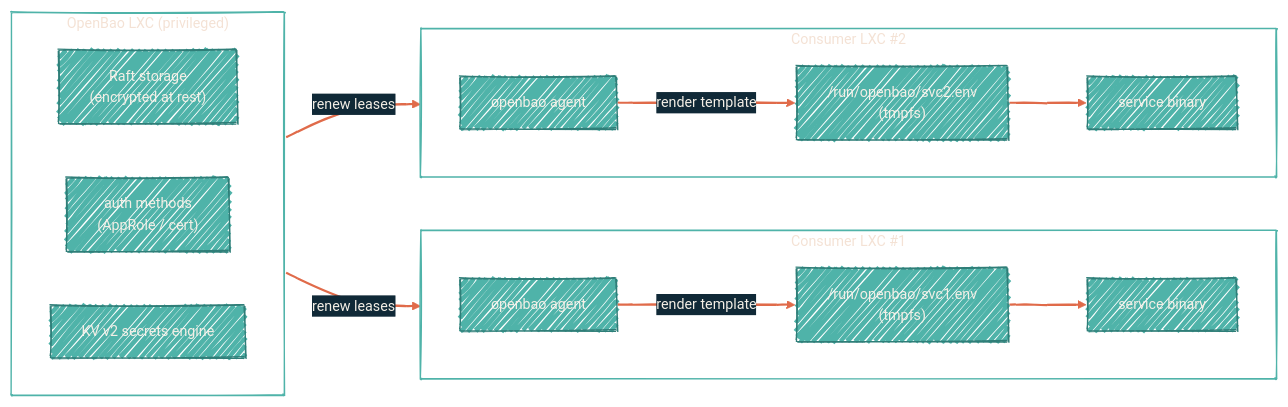
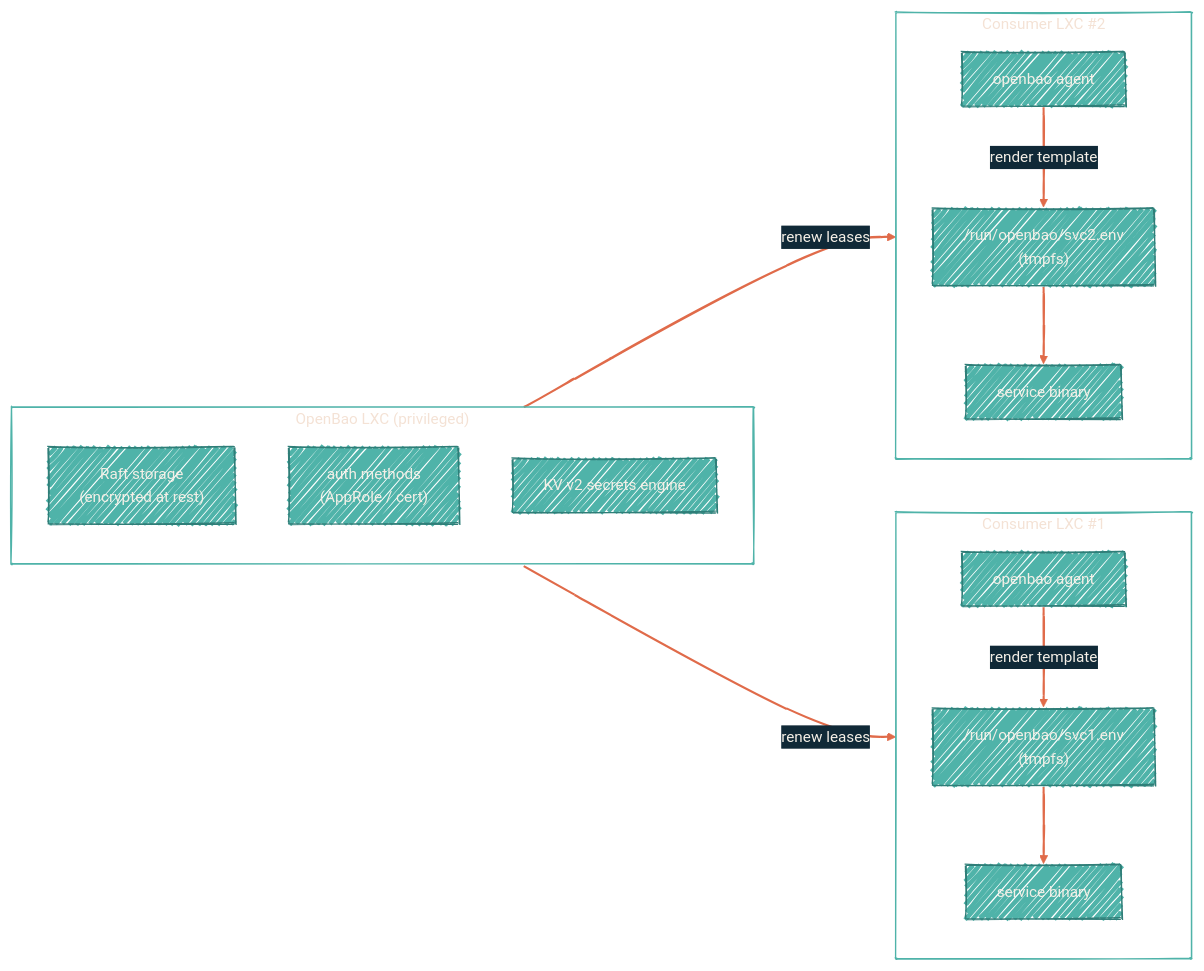
Before and after one commit to dryvist/docs: the diagram in security/tools/openbao.mdx, drawn with Mermaid. The commit also changed other lines of this file and 12 other files, not shown here.

````diff
--- a/security/tools/openbao.mdx
+++ b/security/tools/openbao.mdx
@@ -21,30 +22,30 @@
 ```mermaid
-%%{init: {'theme':'base','look':'handDrawn','themeVariables':{'primaryColor':'#4FB3A9','primaryTextColor':'#F4EFE6','primaryBorderColor':'#2F7E78','lineColor':'#E06B4A','secondaryColor':'#102937','tertiaryColor':'#0B1D2A','clusterBkg':'transparent','clusterBorder':'#4FB3A9','fontFamily':'Geist','fontSize':'14px'}}}%%
+%%{init: {'theme':'base','look':'handDrawn','themeVariables':{'primaryColor':'#4FB3A9','primaryTextColor':'#F4EFE6','primaryBorderColor':'#2F7E78','lineColor':'#E06B4A','secondaryColor':'#102937','tertiaryColor':'#0B1D2A','clusterBkg':'transparent','clusterBorder':'#4FB3A9','fontFamily':'Geist','fontSize':'15px'}}}%%
 flowchart LR
   subgraph Bao["OpenBao LXC (privileged)"]
-    direction LR
+    direction TB
     Raft["Raft storage<br/>(encrypted at rest)"]
     Auth["auth methods<br/>(AppRole / cert)"]
     KV["KV v2 secrets engine"]
   end
   subgraph LXC1["Consumer LXC #1"]
-    direction LR
+    direction TB
     Agent1["openbao agent"]
     Svc1["service binary"]
     Env1["/run/openbao/svc1.env<br/>(tmpfs)"]
   end
   subgraph LXC2["Consumer LXC #2"]
-    direction LR
+    direction TB
     Agent2["openbao agent"]
     Svc2["service binary"]
     Env2["/run/openbao/svc2.env<br/>(tmpfs)"]
   end
   Bao -->|"renew leases"| Agent1
   Bao -->|"renew leases"| Agent2
   Agent1 -->|"render template"| Env1
   Env1 --> Svc1
   Agent2 -->|"render template"| Env2
   Env2 --> Svc2
 
   linkStyle default stroke:#E06B4A,stroke-width:2px
 ```
````
